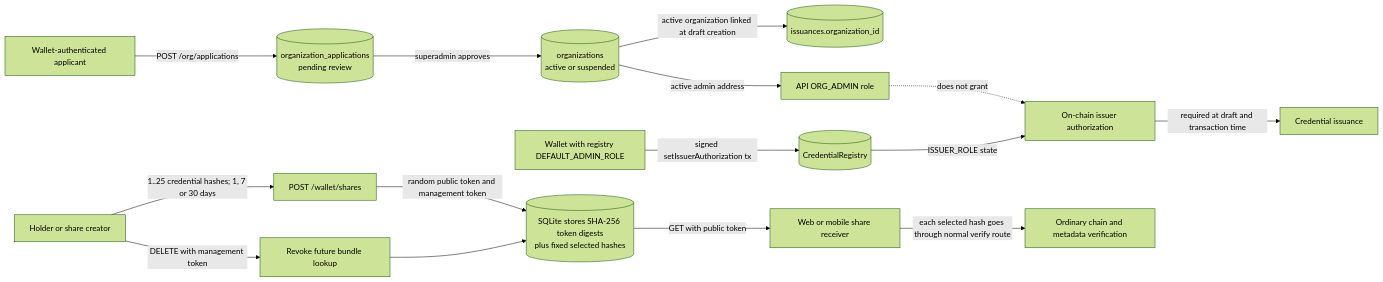
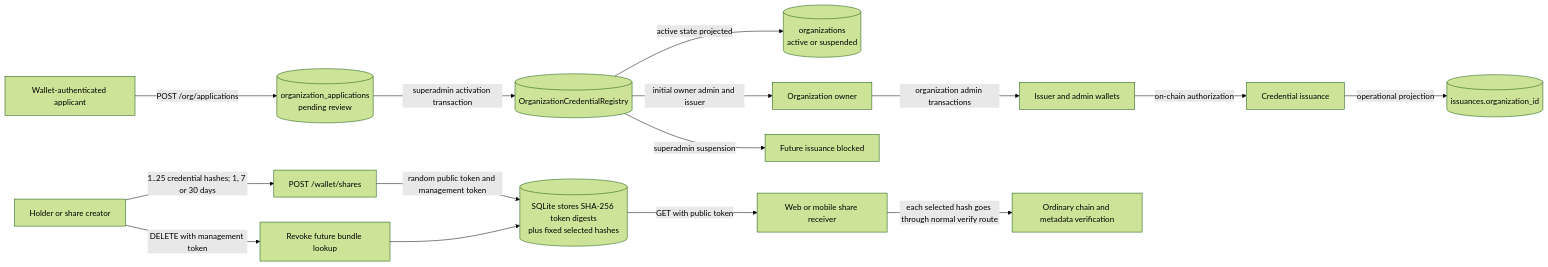
The seventh of 8 diagrams in docs/architecture/diagrams.md (vishnunathasuresh/credora), drawn with Mermaid (forest theme) before and after one commit. The commit also changed other lines of this file and 24 other files, not shown here.

Commit message:
Enable autonomous organization issuance workflow

````diff
--- a/docs/architecture/diagrams.md
+++ b/docs/architecture/diagrams.md
@@ -346,18 +346,18 @@
 ```mermaid
 flowchart LR
   Applicant[Wallet-authenticated applicant] -->|POST /org/applications| Pending[(organization_applications<br/>pending review)]
-  Pending -->|superadmin approves| Org[(organizations<br/>active or suspended)]
-  Org -->|active organization linked at draft creation| Issuance[(issuances.organization_id)]
-  Org -->|active admin address| OrgRole[API ORG_ADMIN role]
-  OrgRole -. does not grant .-> IssuerRole
-  RegistryAdmin[Wallet with registry DEFAULT_ADMIN_ROLE] -->|signed setIssuerAuthorization tx| Registry[(CredentialRegistry)]
-  Registry -->|ISSUER_ROLE state| IssuerRole[On-chain issuer authorization]
-  IssuerRole -->|required at draft and transaction time| Issue[Credential issuance]
+  Pending -->|superadmin activation transaction| Registry[(OrganizationCredentialRegistry)]
+  Registry -->|active state projected| Org[(organizations<br/>active or suspended)]
+  Registry -->|initial owner admin and issuer| Owner[Organization owner]
+  Owner -->|organization admin transactions| Keys[Issuer and admin wallets]
+  Keys -->|on-chain authorization| Issue[Credential issuance]
+  Issue -->|operational projection| Issuance[(issuances.organization_id)]
+  Registry -->|superadmin suspension| Suspended[Future issuance blocked]
 
   Holder[Holder or share creator] -->|1..25 credential hashes; 1, 7 or 30 days| Create[POST /wallet/shares]
   Create -->|random public token and management token| ShareDb[(SQLite stores SHA-256 token digests<br/>plus fixed selected hashes)]
   ShareDb -->|GET with public token| Receiver[Web or mobile share receiver]
   Receiver -->|each selected hash goes through normal verify route| Verify[Ordinary chain and metadata verification]
   Holder -->|DELETE with management token| Revoke[Revoke future bundle lookup]
   Revoke --> ShareDb
 ```
````
